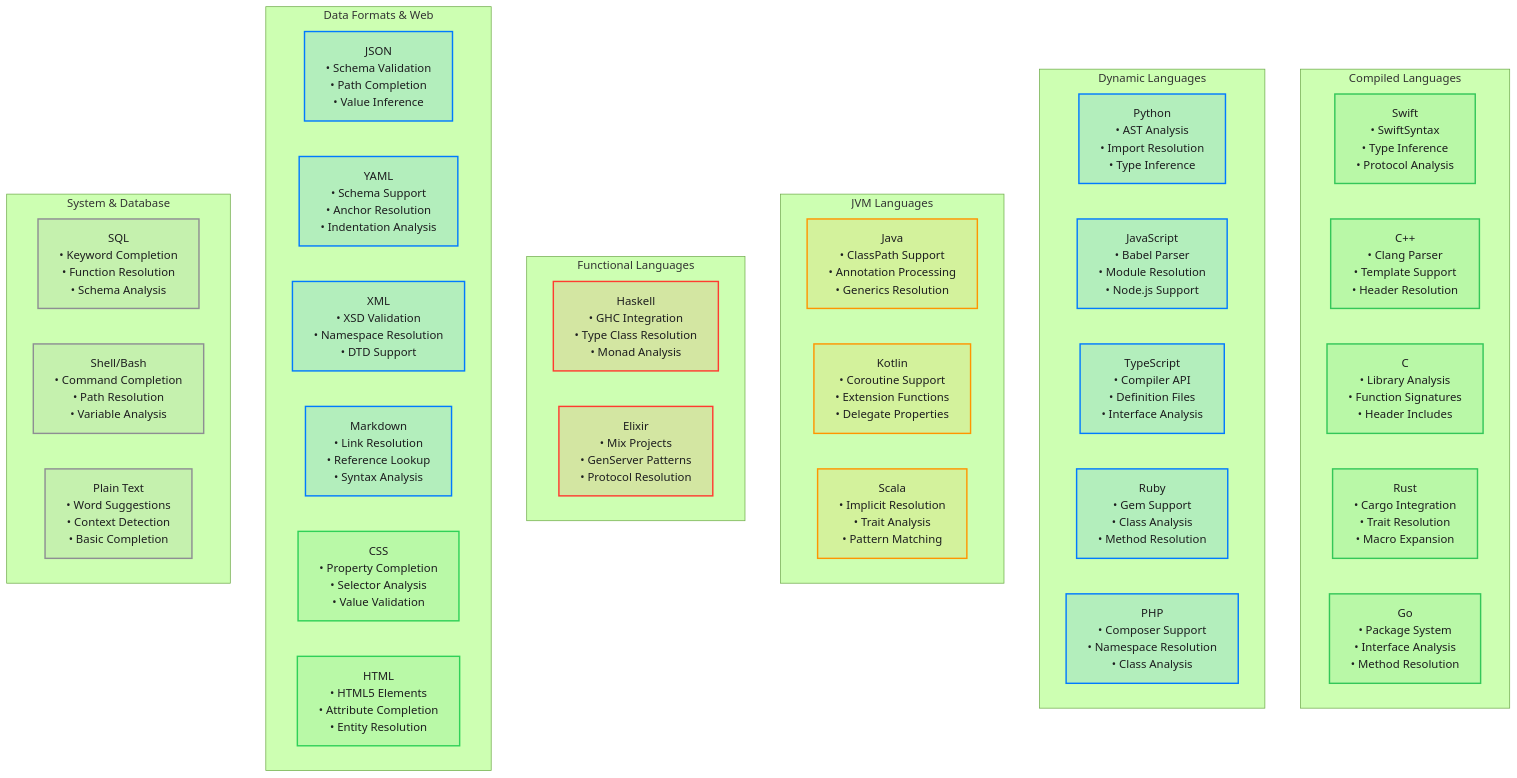
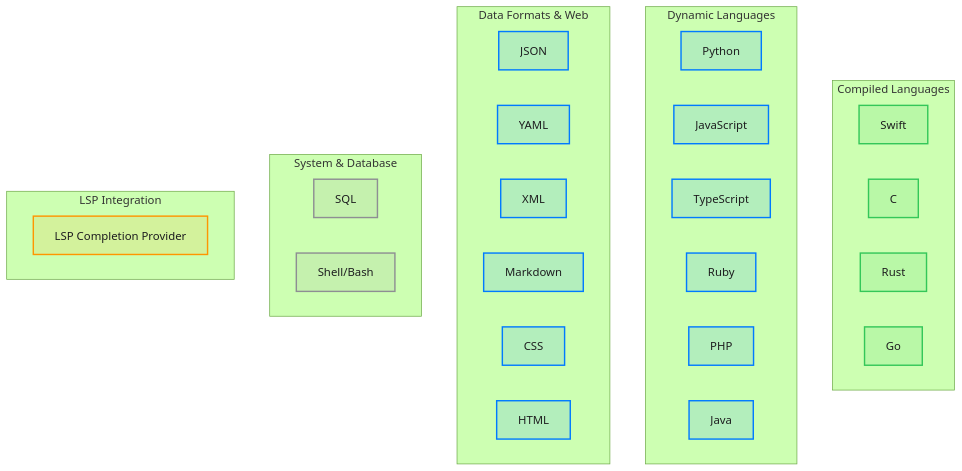
The second of 2 diagrams in Diagrams/15-language-provider-ecosystem.md (ajmcclary/CodeEditorKit), drawn with Mermaid (forest theme) before and after one commit. The commit also changed other lines of this file and 12 other files, not shown here.

First line of the commit message:
Update package dependencies and architecture diagrams for CodeEditorPlugin

````diff
--- a/Diagrams/15-language-provider-ecosystem.md
+++ b/Diagrams/15-language-provider-ecosystem.md
@@ -535,78 +290,63 @@
 ```mermaid
 flowchart TB
     subgraph "Compiled Languages"
-        SWIFT[Swift<br/>• SwiftSyntax<br/>• Type Inference<br/>• Protocol Analysis]
-        CPP[C++<br/>• Clang Parser<br/>• Template Support<br/>• Header Resolution]
-        C[C<br/>• Library Analysis<br/>• Function Signatures<br/>• Header Includes]
-        RUST[Rust<br/>• Cargo Integration<br/>• Trait Resolution<br/>• Macro Expansion]
-        GO[Go<br/>• Package System<br/>• Interface Analysis<br/>• Method Resolution]
+        SWIFT[Swift]
+        C[C]
+        RUST[Rust]
+        GO[Go]
     end
 
     subgraph "Dynamic Languages"
-        PYTHON[Python<br/>• AST Analysis<br/>• Import Resolution<br/>• Type Inference]
-        JS[JavaScript<br/>• Babel Parser<br/>• Module Resolution<br/>• Node.js Support]
-        TS[TypeScript<br/>• Compiler API<br/>• Definition Files<br/>• Interface Analysis]
-        RUBY[Ruby<br/>• Gem Support<br/>• Class Analysis<br/>• Method Resolution]
-        PHP[PHP<br/>• Composer Support<br/>• Namespace Resolution<br/>• Class Analysis]
-    end
-
-    subgraph "JVM Languages"
-        JAVA[Java<br/>• ClassPath Support<br/>• Annotation Processing<br/>• Generics Resolution]
-        KOTLIN[Kotlin<br/>• Coroutine Support<br/>• Extension Functions<br/>• Delegate Properties]
-        SCALA[Scala<br/>• Implicit Resolution<br/>• Trait Analysis<br/>• Pattern Matching]
-    end
-
-    subgraph "Functional Languages"
-        HASKELL[Haskell<br/>• GHC Integration<br/>• Type Class Resolution<br/>• Monad Analysis]
-        ELIXIR[Elixir<br/>• Mix Projects<br/>• GenServer Patterns<br/>• Protocol Resolution]
+        PYTHON[Python]
+        JS[JavaScript]
+        TS[TypeScript]
+        RUBY[Ruby]
+        PHP[PHP]
+        JAVA[Java]
     end
 
     subgraph "Data Formats & Web"
-        JSON[JSON<br/>• Schema Validation<br/>• Path Completion<br/>• Value Inference]
-        YAML[YAML<br/>• Schema Support<br/>• Anchor Resolution<br/>• Indentation Analysis]
-        XML[XML<br/>• XSD Validation<br/>• Namespace Resolution<br/>• DTD Support]
-        MD[Markdown<br/>• Link Resolution<br/>• Reference Lookup<br/>• Syntax Analysis]
-        CSS[CSS<br/>• Property Completion<br/>• Selector Analysis<br/>• Value Validation]
-        HTML[HTML<br/>• HTML5 Elements<br/>• Attribute Completion<br/>• Entity Resolution]
+        JSON[JSON]
+        YAML[YAML]
+        XML[XML]
+        MD[Markdown]
+        CSS[CSS]
+        HTML[HTML]
     end
 
     subgraph "System & Database"
-        SQL[SQL<br/>• Keyword Completion<br/>• Function Resolution<br/>• Schema Analysis]
-        SHELL[Shell/Bash<br/>• Command Completion<br/>• Path Resolution<br/>• Variable Analysis]
-        PLAIN[Plain Text<br/>• Word Suggestions<br/>• Context Detection<br/>• Basic Completion]
+        SQL[SQL]
+        SHELL[Shell/Bash]
+    end
+
+    subgraph "LSP Integration"
+        LSP[LSP Completion Provider]
     end
 
     %% Styling - Dark mode friendly colors
     classDef compiled fill:#34C75920,stroke:#34C759,stroke-width:2px,color:#1D1D1F
     classDef dynamic fill:#007AFF20,stroke:#007AFF,stroke-width:2px,color:#1D1D1F
-    classDef jvm fill:#FF950020,stroke:#FF9500,stroke-width:2px,color:#1D1D1F
-    classDef functional fill:#FF3B3020,stroke:#FF3B30,stroke-width:2px,color:#1D1D1F
     classDef data fill:#007AFF20,stroke:#007AFF,stroke-width:2px,color:#1D1D1F
-    classDef web fill:#30D15820,stroke:#30D158,stroke-width:2px,color:#1D1D1F
     classDef system fill:#8E8E9320,stroke:#8E8E93,stroke-width:2px,color:#1D1D1F
+    classDef lsp fill:#FF950020,stroke:#FF9500,stroke-width:2px,color:#1D1D1F
 
     class SWIFT compiled
-    class CPP compiled
     class C compiled
     class RUST compiled
     class GO compiled
     class PYTHON dynamic
     class JS dynamic
     class TS dynamic
     class RUBY dynamic
     class PHP dynamic
-    class JAVA jvm
-    class KOTLIN jvm
-    class SCALA jvm
-    class HASKELL functional
-    class ELIXIR functional
+    class JAVA dynamic
     class JSON data
     class YAML data
     class XML data
     class MD data
-    class CSS web
-    class HTML web
+    class CSS data
+    class HTML data
     class SQL system
     class SHELL system
-    class PLAIN system
+    class LSP lsp
 ```
````
